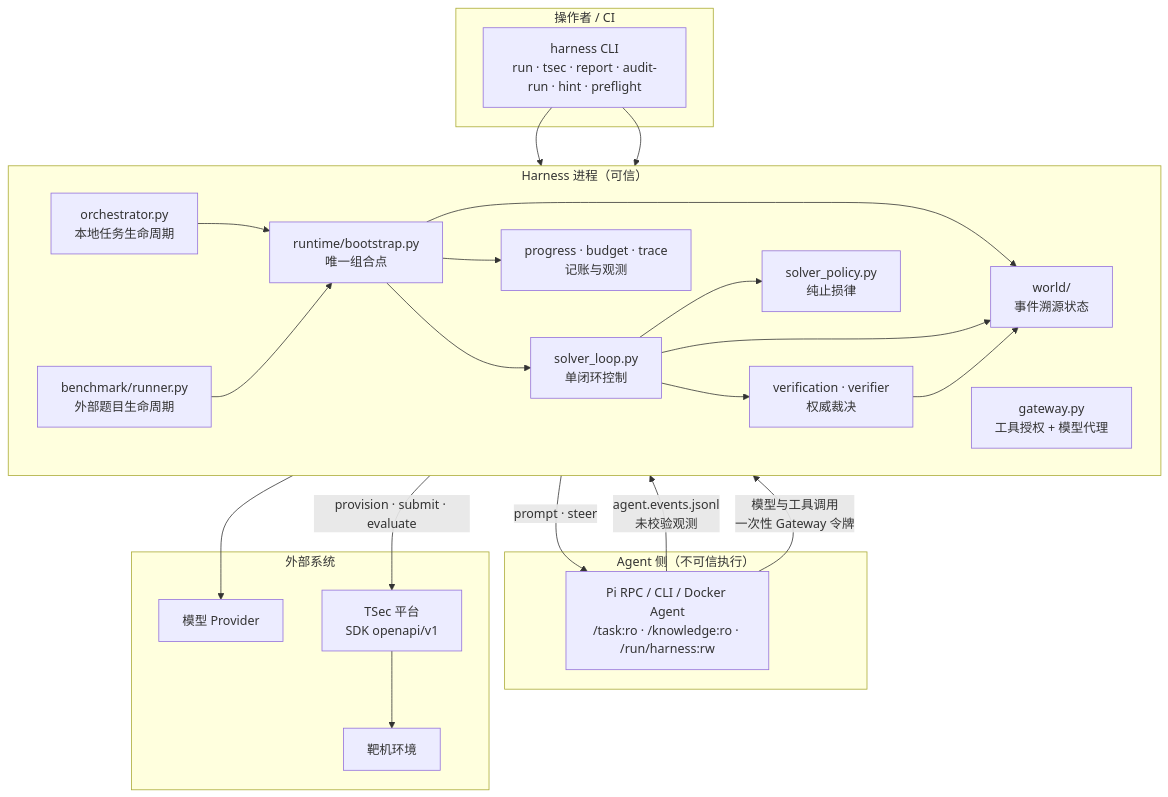
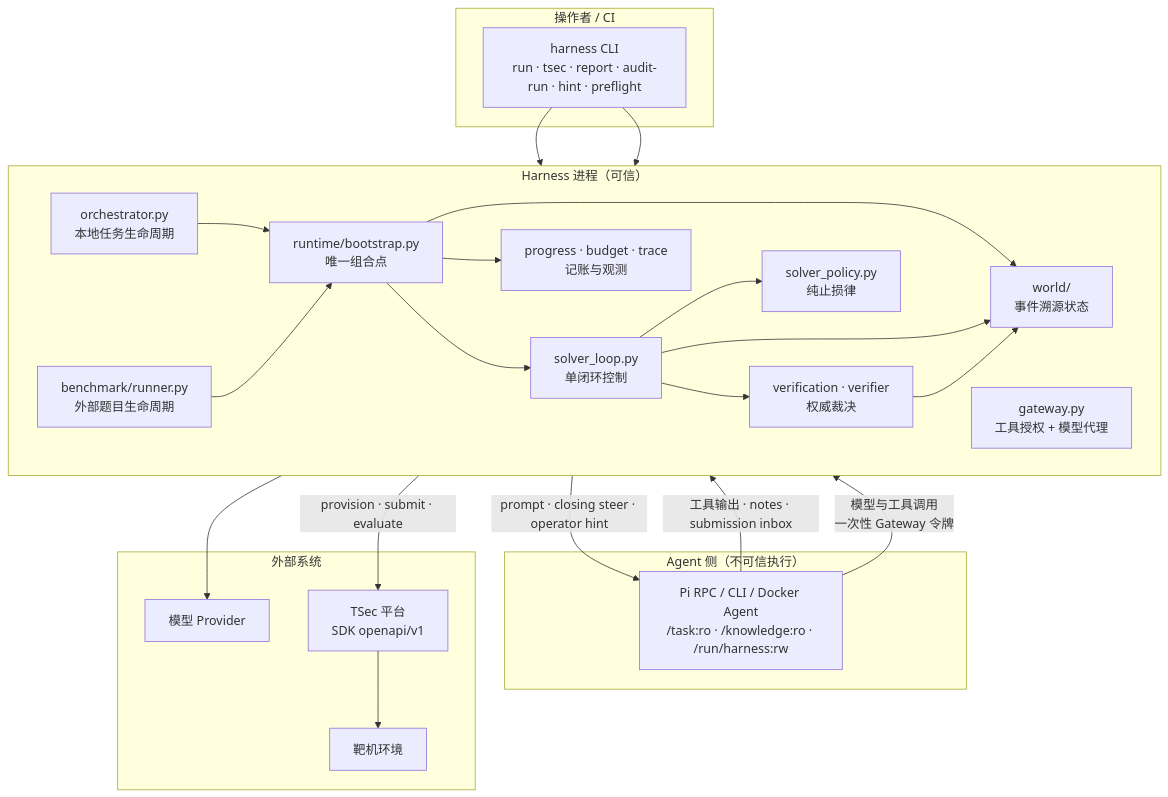
Before and after one commit to red-copilot/red-copilot: the first of 5 diagrams in docs/architecture-map.md, drawn with Mermaid. The commit also changed other lines of this file and 38 other files, not shown here.

````diff
--- a/docs/architecture-map.md
+++ b/docs/architecture-map.md
@@ -17,47 +17,47 @@
 ```mermaid
 flowchart TB
     subgraph ops["操作者 / CI"]
         CLI["harness CLI<br/>run · tsec · report · audit-run · hint · preflight"]
     end
 
     subgraph host["Harness 进程（可信）"]
         direction LR
         ORCH["orchestrator.py<br/>本地任务生命周期"]
         BRN["benchmark/runner.py<br/>外部题目生命周期"]
         BOOT["runtime/bootstrap.py<br/>唯一组合点"]
         LOOP["solver_loop.py<br/>单闭环控制"]
         POLICY["solver_policy.py<br/>纯止损律"]
         WORLD["world/<br/>事件溯源状态"]
         ACCT["progress · budget · trace<br/>记账与观测"]
         VER["verification · verifier<br/>权威裁决"]
         GW["gateway.py<br/>工具授权 + 模型代理"]
         ORCH --> BOOT
         BRN --> BOOT
         BOOT --> WORLD
         BOOT --> ACCT
         BOOT --> LOOP
         LOOP --> POLICY
         LOOP --> WORLD
         LOOP --> VER
         VER --> WORLD
     end
 
     subgraph untrusted["Agent 侧（不可信执行）"]
         AG["Pi RPC / CLI / Docker Agent<br/>/task:ro · /knowledge:ro · /run/harness:rw"]
     end
 
     subgraph ext["外部系统"]
         MODEL["模型 Provider"]
         PLAT["TSec 平台<br/>SDK openapi/v1"]
         TARGET["靶机环境"]
     end
 
     CLI --> ORCH
     CLI --> BRN
-    LOOP -->|"prompt · steer"| AG
-    AG -->|"agent.events.jsonl<br/>未校验观测"| LOOP
+    LOOP -->|"prompt · closing steer · operator hint"| AG
+    AG -->|"工具输出 · notes · submission inbox"| LOOP
     AG -->|"模型与工具调用<br/>一次性 Gateway 令牌"| GW
     GW --> MODEL
     BRN -->|"provision · submit · evaluate"| PLAT
     PLAT --> TARGET
 ```
````
